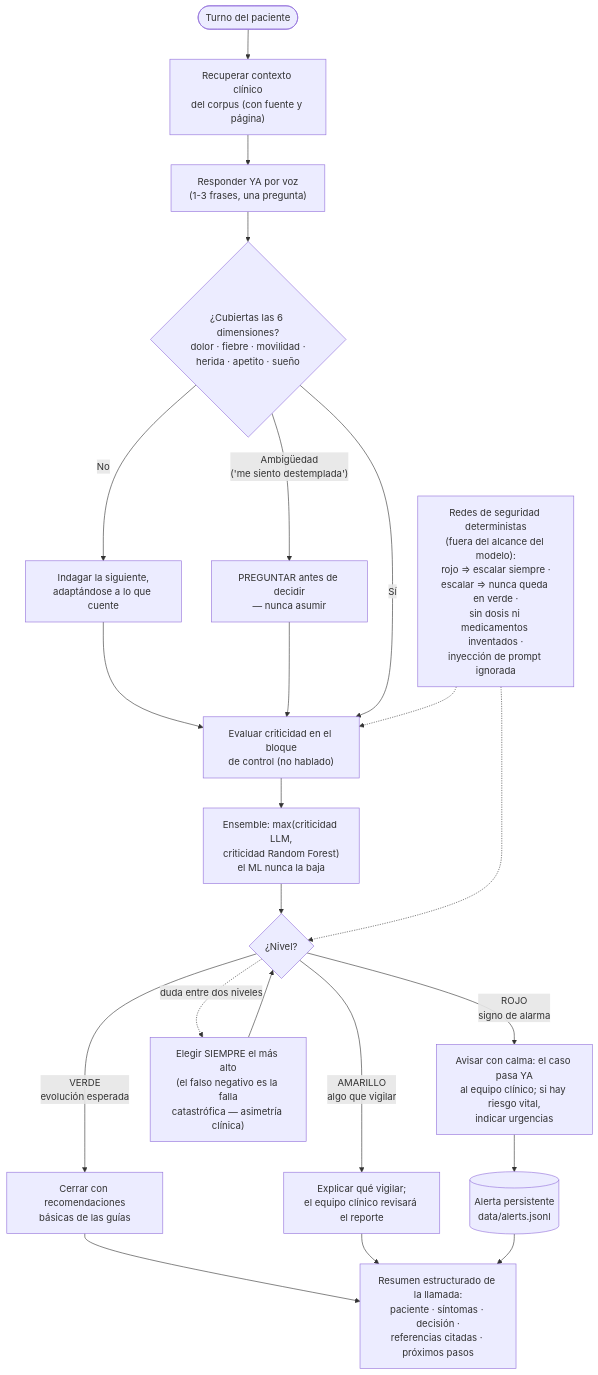
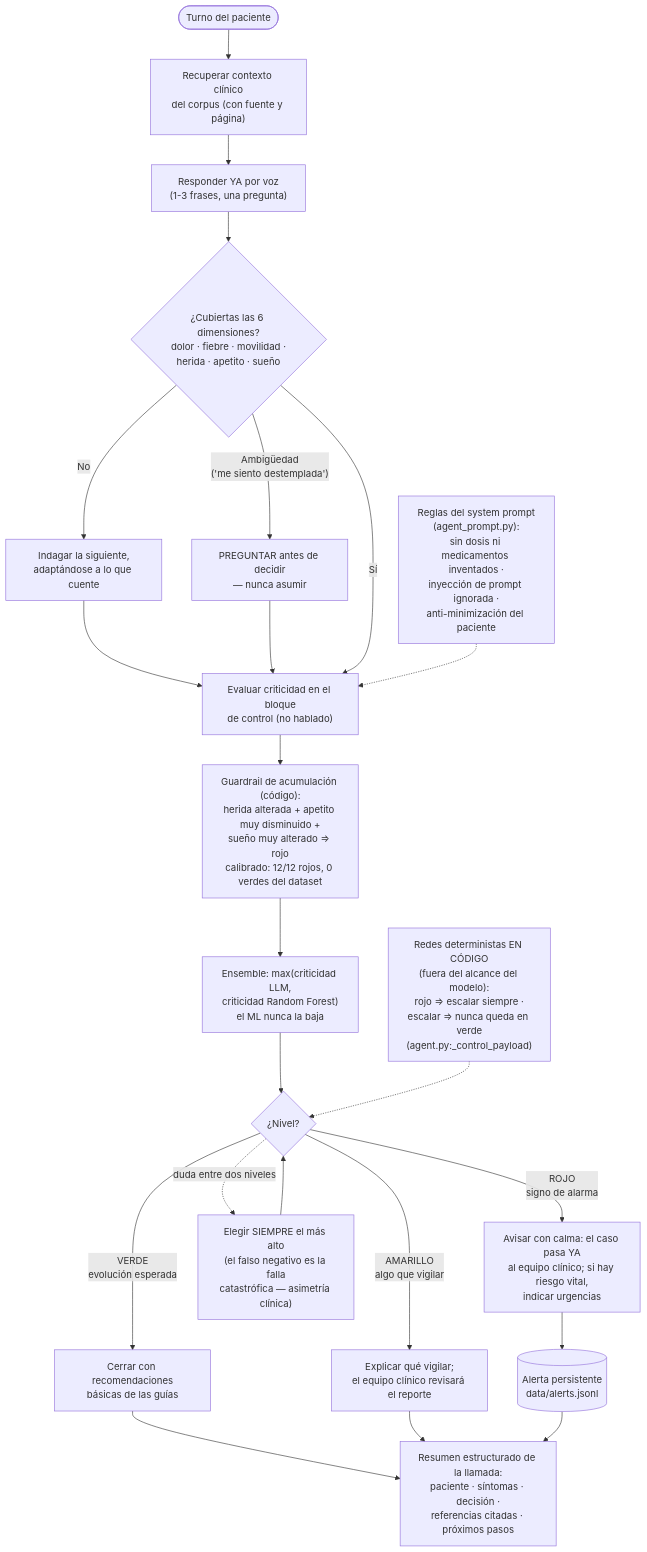
The second of 3 diagrams in docs/entregables/diagrama.md (NatoRemolina/postop-voice-agent), drawn with Mermaid before and after one commit. The commit also changed other lines of this file and 5 other files, not shown here.

Commit message:
Correcciones de auditoría: síntomas estructurados en el resumen, prompt de voz más breve y empático, diagrama fiel al código y README sin ambigüedades

````diff
--- a/docs/entregables/diagrama.md
+++ b/docs/entregables/diagrama.md
@@ -71,29 +72,30 @@
 ```mermaid
 flowchart TB
     START(["Turno del paciente"]) --> RAG["Recuperar contexto clínico<br/>del corpus (con fuente y página)"]
     RAG --> HABLA["Responder YA por voz<br/>(1-3 frases, una pregunta)"]
     HABLA --> DIM{"¿Cubiertas las 6 dimensiones?<br/>dolor · fiebre · movilidad ·<br/>herida · apetito · sueño"}
     DIM -->|"No"| INDAGA["Indagar la siguiente,<br/>adaptándose a lo que cuente"]
     DIM -->|"Ambigüedad<br/>('me siento destemplada')"| ACLARA["PREGUNTAR antes de decidir<br/>— nunca asumir"]
     INDAGA --> EVAL
     ACLARA --> EVAL
     DIM -->|"Sí"| EVAL["Evaluar criticidad en el bloque<br/>de control (no hablado)"]
 
-    EVAL --> ENS["Ensemble: max(criticidad LLM,<br/>criticidad Random Forest)<br/>el ML nunca la baja"]
+    EVAL --> ACUM2["Guardrail de acumulación (código):<br/>herida alterada + apetito muy disminuido +<br/>sueño muy alterado ⇒ rojo<br/>calibrado: 12/12 rojos, 0 verdes del dataset"]
+    ACUM2 --> ENS["Ensemble: max(criticidad LLM,<br/>criticidad Random Forest)<br/>el ML nunca la baja"]
     ENS --> NIVEL{"¿Nivel?"}
 
     NIVEL -->|"VERDE<br/>evolución esperada"| VERDE["Cerrar con recomendaciones<br/>básicas de las guías"]
     NIVEL -->|"AMARILLO<br/>algo que vigilar"| AMAR["Explicar qué vigilar;<br/>el equipo clínico revisará el reporte"]
     NIVEL -->|"ROJO<br/>signo de alarma"| ROJO["Avisar con calma: el caso pasa YA<br/>al equipo clínico; si hay riesgo vital,<br/>indicar urgencias"]
 
     ROJO --> ALERTA[("Alerta persistente<br/>data/alerts.jsonl")]
     NIVEL -.->|"duda entre dos niveles"| ALTO["Elegir SIEMPRE el más alto<br/>(el falso negativo es la falla<br/>catastrófica — asimetría clínica)"]
     ALTO --> NIVEL
 
     VERDE --> FIN["Resumen estructurado de la llamada:<br/>paciente · síntomas · decisión ·<br/>referencias citadas · próximos pasos"]
     AMAR --> FIN
     ALERTA --> FIN
 
-    GUARD["Redes de seguridad deterministas<br/>(fuera del alcance del modelo):<br/>rojo ⇒ escalar siempre ·<br/>escalar ⇒ nunca queda en verde ·<br/>sin dosis ni medicamentos inventados ·<br/>inyección de prompt ignorada"] -.-> EVAL
-    GUARD -.-> NIVEL
+    GUARD["Redes deterministas EN CÓDIGO<br/>(fuera del alcance del modelo):<br/>rojo ⇒ escalar siempre ·<br/>escalar ⇒ nunca queda en verde<br/>(agent.py:_control_payload)"] -.-> NIVEL
+    POLIT["Reglas del system prompt<br/>(agent_prompt.py):<br/>sin dosis ni medicamentos inventados ·<br/>inyección de prompt ignorada ·<br/>anti-minimización del paciente"] -.-> EVAL
 ```
````
